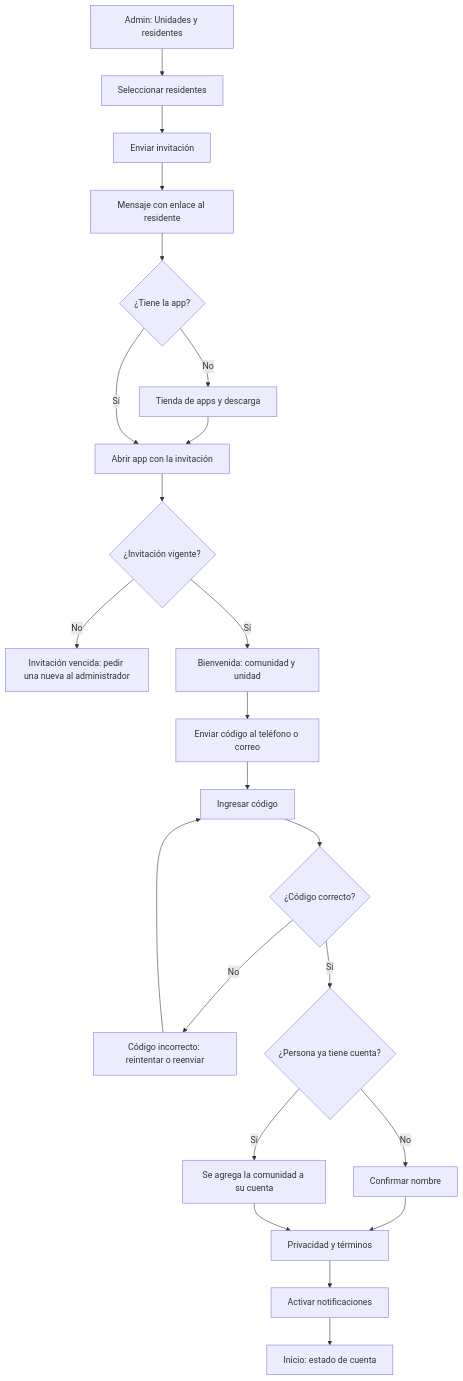
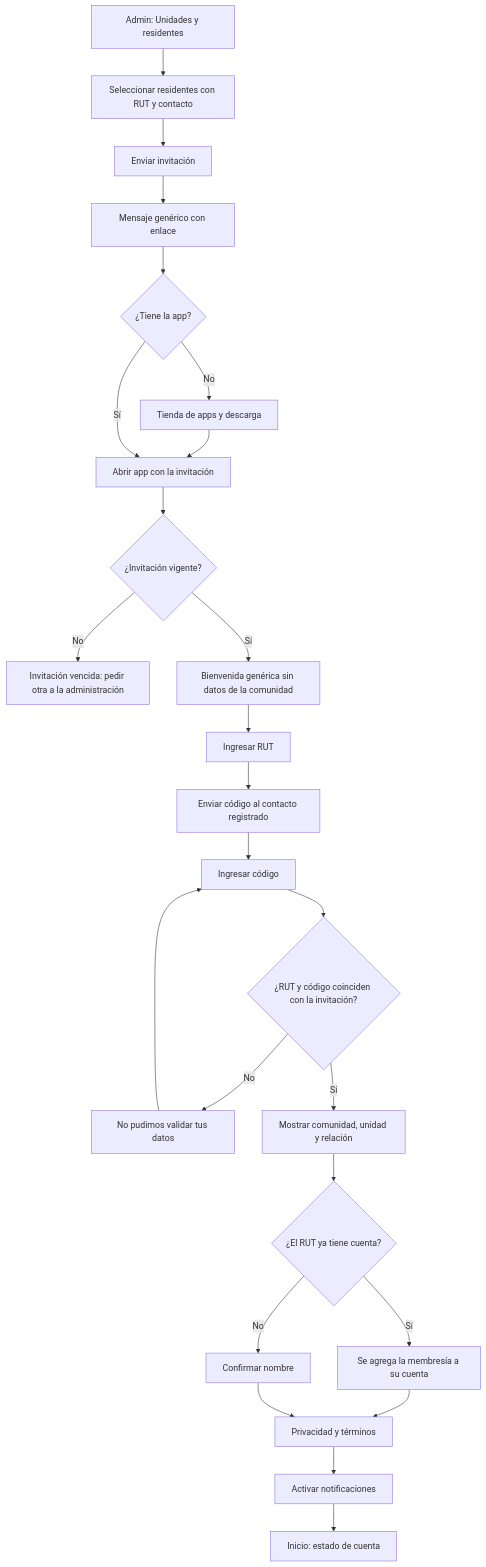
One commit to misterexcel/ComVive changed the diagram in docs/design/flujos/residente-primer-ingreso.md. Above: the diagram before and after it, drawn with Mermaid. The commit also changed other lines of this file and 10 other files, not shown here.

First line of the commit message:
docs: apply critical reviews to spec, design flows and architecture

````diff
--- a/docs/design/flujos/residente-primer-ingreso.md
+++ b/docs/design/flujos/residente-primer-ingreso.md
@@ -13,25 +16,27 @@
 ```mermaid
 flowchart TD
-  A["Admin: Unidades y residentes"] --> B["Seleccionar residentes"]
+  A["Admin: Unidades y residentes"] --> B["Seleccionar residentes con RUT y contacto"]
   B --> C["Enviar invitación"]
-  C --> D["Mensaje con enlace al residente"]
+  C --> D["Mensaje genérico con enlace"]
   D --> E{"¿Tiene la app?"}
   E -->|No| F["Tienda de apps y descarga"]
   F --> G["Abrir app con la invitación"]
   E -->|Sí| G
   G --> H{"¿Invitación vigente?"}
-  H -->|No| I["Invitación vencida: pedir una nueva al administrador"]
-  H -->|Sí| J["Bienvenida: comunidad y unidad"]
-  J --> K["Enviar código al teléfono o correo"]
-  K --> L["Ingresar código"]
-  L --> M{"¿Código correcto?"}
-  M -->|No| N["Código incorrecto: reintentar o reenviar"]
-  N --> L
-  M -->|Sí| O{"¿Persona ya tiene cuenta?"}
-  O -->|Sí| P["Se agrega la comunidad a su cuenta"]
-  O -->|No| Q["Confirmar nombre"]
-  Q --> R["Privacidad y términos"]
-  P --> R
-  R --> S["Activar notificaciones"]
-  S --> T["Inicio: estado de cuenta"]
+  H -->|No| I["Invitación vencida: pedir otra a la administración"]
+  H -->|Sí| J["Bienvenida genérica sin datos de la comunidad"]
+  J --> K["Ingresar RUT"]
+  K --> L["Enviar código al contacto registrado"]
+  L --> M["Ingresar código"]
+  M --> N{"¿RUT y código coinciden con la invitación?"}
+  N -->|No| O["No pudimos validar tus datos"]
+  O --> M
+  N -->|Sí| P["Mostrar comunidad, unidad y relación"]
+  P --> Q{"¿El RUT ya tiene cuenta?"}
+  Q -->|Sí| R["Se agrega la membresía a su cuenta"]
+  Q -->|No| S["Confirmar nombre"]
+  R --> T["Privacidad y términos"]
+  S --> T
+  T --> U["Activar notificaciones"]
+  U --> V["Inicio: estado de cuenta"]
 ```
````
